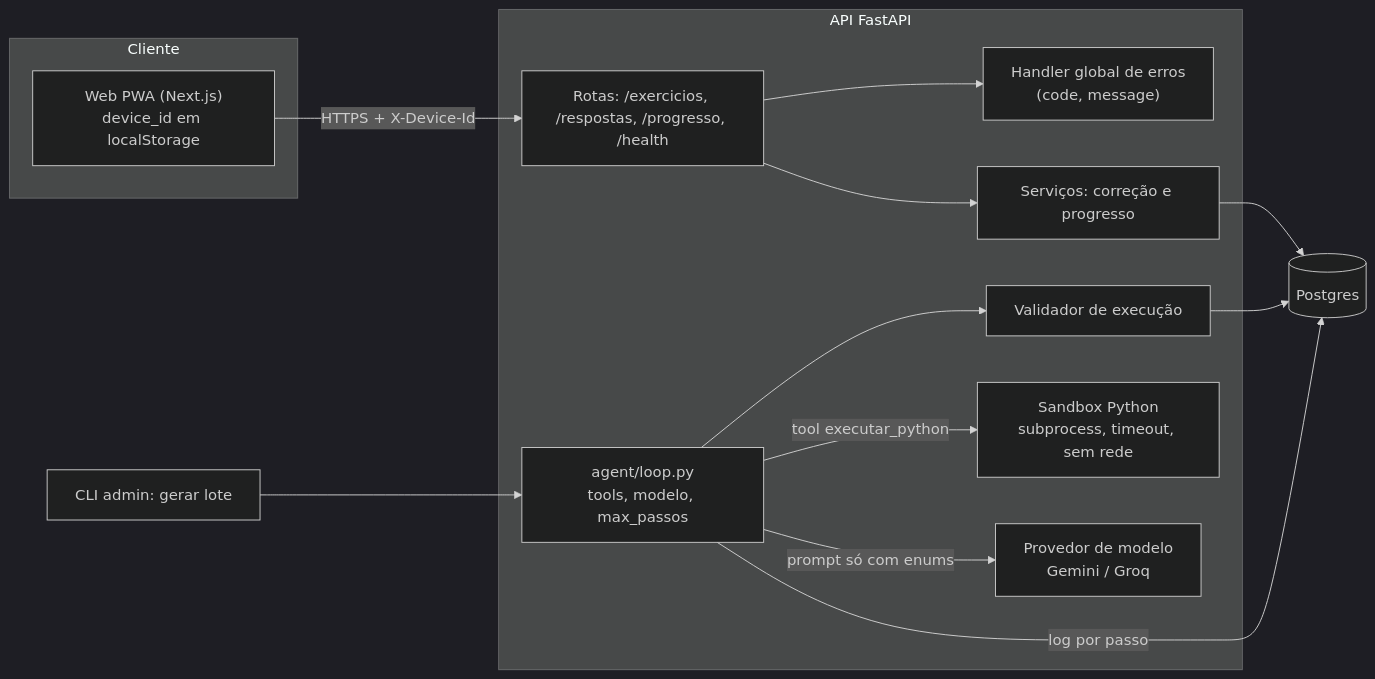
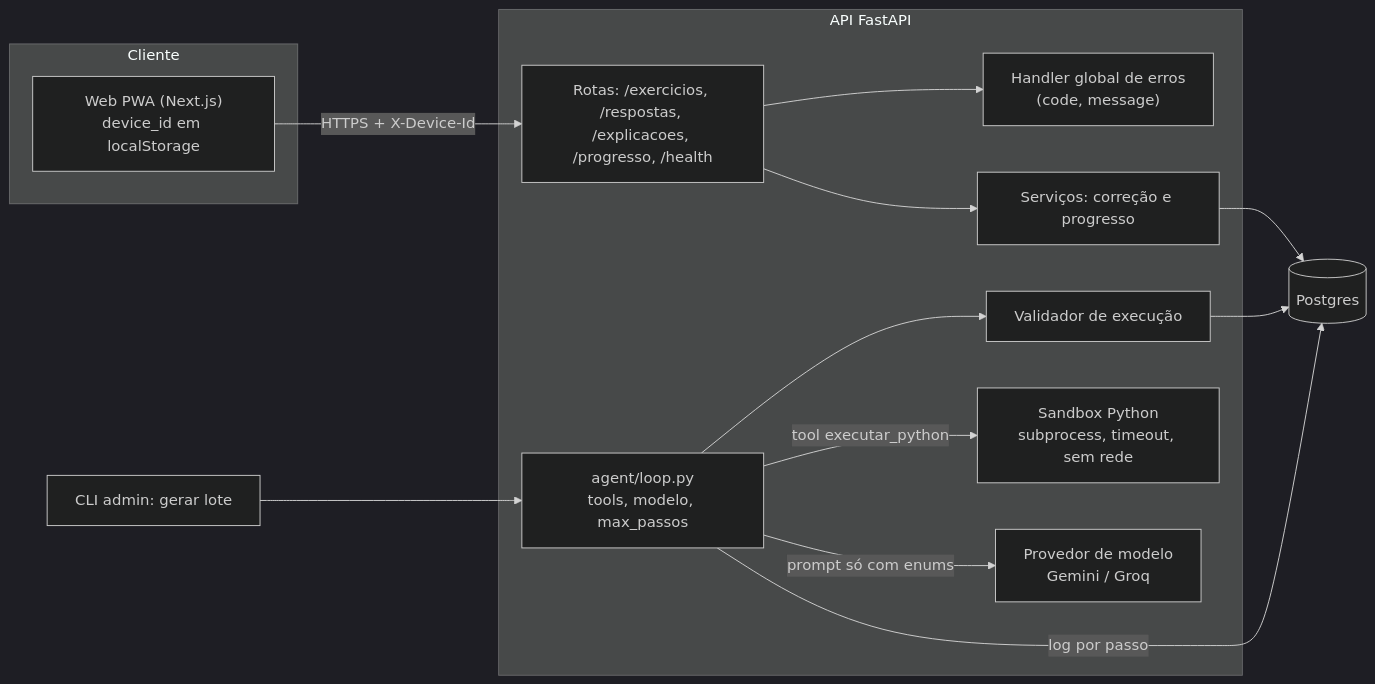
Before and after one commit to jorgenet0h/python-no-bolso: the diagram in docs/arquitetura.md, drawn with Mermaid (dark theme). The commit also changed other lines of this file and 1 other file, not shown here.

````diff
--- a/docs/arquitetura.md
+++ b/docs/arquitetura.md
@@ -13,24 +13,24 @@
 ```mermaid
 flowchart LR
   subgraph Cliente
     W["Web PWA (Next.js)<br/>device_id em localStorage"]
   end
   subgraph API["API FastAPI"]
-    R["Rotas: /exercicios, /respostas, /progresso, /health"]
+    R["Rotas: /exercicios, /respostas, /explicacoes, /progresso, /health"]
     H["Handler global de erros<br/>(code, message)"]
     S["Serviços: correção e progresso"]
     L["agent/loop.py<br/>tools, modelo, max_passos"]
     V["Validador de execução"]
     SB["Sandbox Python<br/>subprocess, timeout, sem rede"]
     P["Provedor de modelo<br/>Gemini / Groq"]
   end
   DB[("Postgres")]
   CLI["CLI admin: gerar lote"] --> L
   W -->|"HTTPS + X-Device-Id"| R
   R --> S --> DB
   R --> H
   L -->|"prompt só com enums"| P
   L -->|"tool executar_python"| SB
   L --> V --> DB
   L -->|"log por passo"| DB
 ```
````
